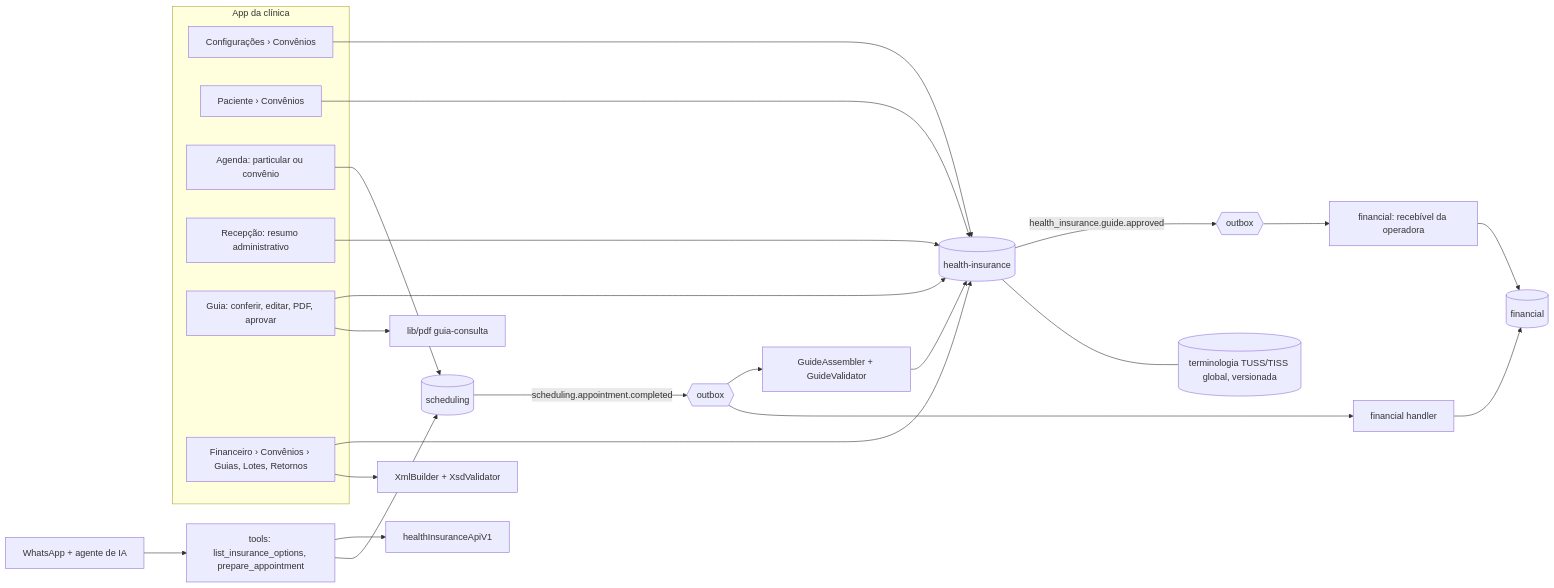
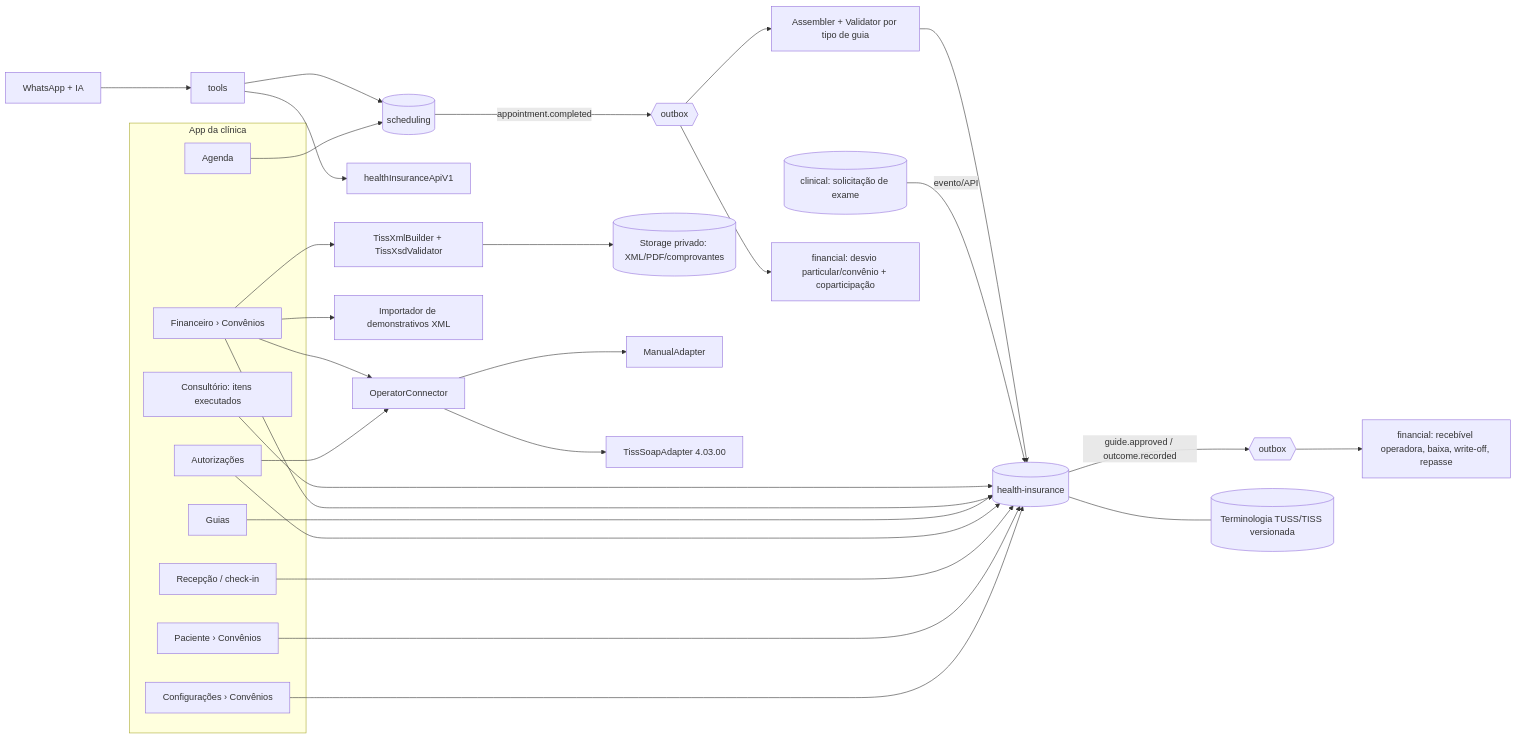
The diagram in QORO_TISS_MASTER_PLAN.md (joaomarcos-techia/Project_OS), drawn with Mermaid before and after one commit. The commit also changed other lines of this file, not shown here.

````diff
--- a/QORO_TISS_MASTER_PLAN.md
+++ b/QORO_TISS_MASTER_PLAN.md
@@ -348,27 +459,26 @@
 ```mermaid
 flowchart LR
   subgraph UI[App da clínica]
     CFG[Configurações › Convênios]
     PAC[Paciente › Convênios]
-    AG[Agenda: particular ou convênio]
-    REC[Recepção: resumo administrativo]
-    GU[Guia: conferir, editar, PDF, aprovar]
-    FAT[Financeiro › Convênios › Guias, Lotes, Retornos]
+    AG[Agenda]
+    REC[Recepção / check-in]
+    CON[Consultório: itens executados]
+    AUT[Autorizações]
+    GU[Guias]
+    FAT[Financeiro › Convênios]
   end
-  WA[WhatsApp + agente de IA] --> TOOLS[tools: list_insurance_options, prepare_appointment]
-  CFG & PAC & REC & GU & FAT --> HI[(health-insurance)]
+  WA[WhatsApp + IA] --> TOOLS[tools]
+  CFG & PAC & REC & AUT & GU & FAT & CON --> HI[(health-insurance)]
   AG --> SCH[(scheduling)]
-  TOOLS --> HIAPI[healthInsuranceApiV1]
-  TOOLS --> SCH
-  SCH -- scheduling.appointment.completed --> OUTBOX{{outbox}}
-  OUTBOX --> GEN[GuideAssembler + GuideValidator]
-  GEN --> HI
-  OUTBOX --> FINH[financial handler]
-  FINH --> FIN[(financial)]
-  HI -- health_insurance.guide.approved --> OUTBOX2{{outbox}}
-  OUTBOX2 --> FINR[financial: recebível da operadora]
-  FINR --> FIN
-  FAT --> XML[XmlBuilder + XsdValidator]
-  GU --> PDF[lib/pdf guia-consulta]
-  HI --- TERM[(terminologia TUSS/TISS global, versionada)]
+  TOOLS --> HIAPI[healthInsuranceApiV1] & SCH
+  CLI[(clinical: solicitação de exame)] -- evento/API --> HI
+  SCH -- appointment.completed --> OB{{outbox}}
+  OB --> GEN[Assembler + Validator por tipo de guia] --> HI
+  OB --> FINH[financial: desvio particular/convênio + coparticipação]
+  HI -- guide.approved / outcome.recorded --> OB2{{outbox}} --> FINR[financial: recebível operadora, baixa, write-off, repasse]
+  FAT --> XML[TissXmlBuilder + TissXsdValidator] --> ST[(Storage privado: XML/PDF/comprovantes)]
+  FAT --> IMP[Importador de demonstrativos XML]
+  AUT & FAT --> PORT[OperatorConnector] --> MAN[ManualAdapter] & SOAP[TissSoapAdapter 4.03.00]
+  HI --- TERM[(Terminologia TUSS/TISS versionada)]
 ```
````
